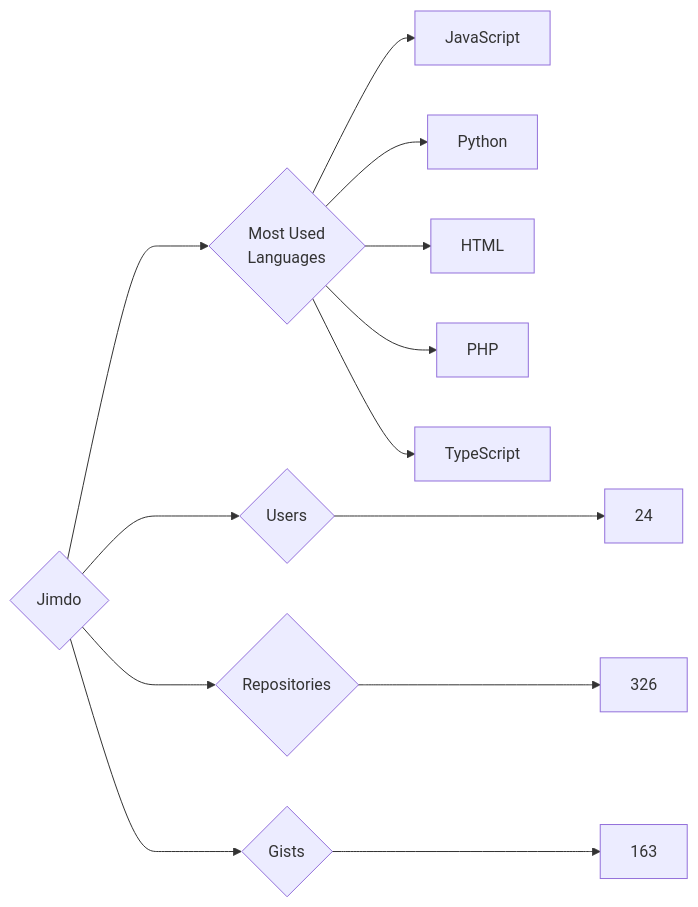
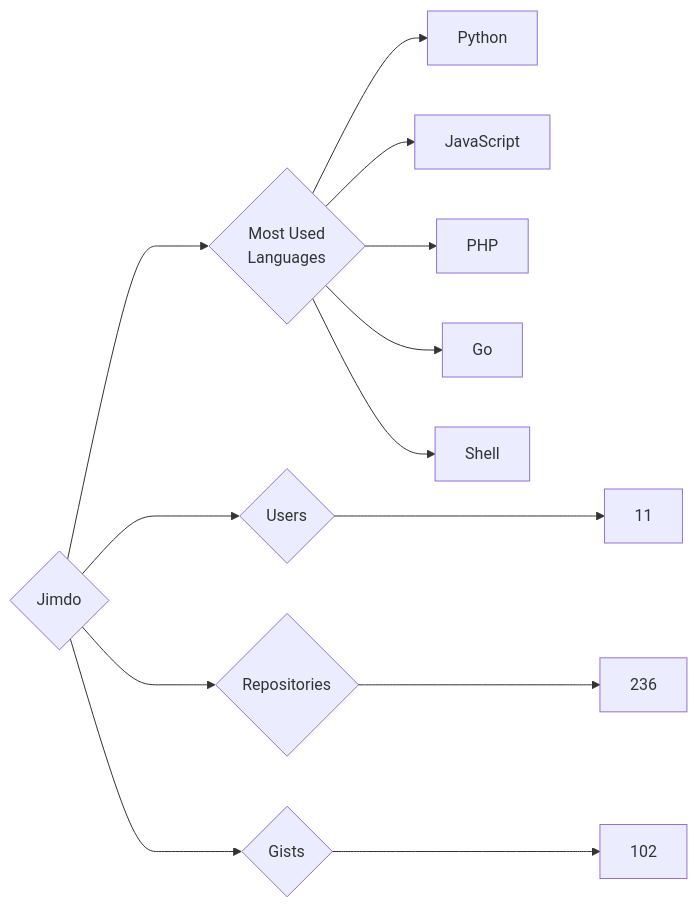
Before and after one commit to trickest/insiders: the diagram in targets/Jimdo/README.md, drawn with Mermaid. The commit also changed 823 other files, not shown here.

````diff
--- a/targets/Jimdo/README.md
+++ b/targets/Jimdo/README.md
@@ -3,13 +3,13 @@
 ```mermaid
 graph LR
 COMPANY_NAME{Jimdo}
-COMPANY_NAME ---> U{Users} ---> UN[24]
-COMPANY_NAME ---> R{Repositories} ---> RN[326]
-COMPANY_NAME ---> G{Gists} ---> GN[163]
+COMPANY_NAME ---> U{Users} ---> UN[11]
+COMPANY_NAME ---> R{Repositories} ---> RN[236]
+COMPANY_NAME ---> G{Gists} ---> GN[102]
 COMPANY_NAME ---> ML{Most Used<br>Languages}
+ML --> Python[Python]
 ML --> JavaScript[JavaScript]
-ML --> Python[Python]
-ML --> HTML[HTML]
 ML --> PHP[PHP]
-ML --> TypeScript[TypeScript]
+ML --> Go[Go]
+ML --> Shell[Shell]
 ```
````
